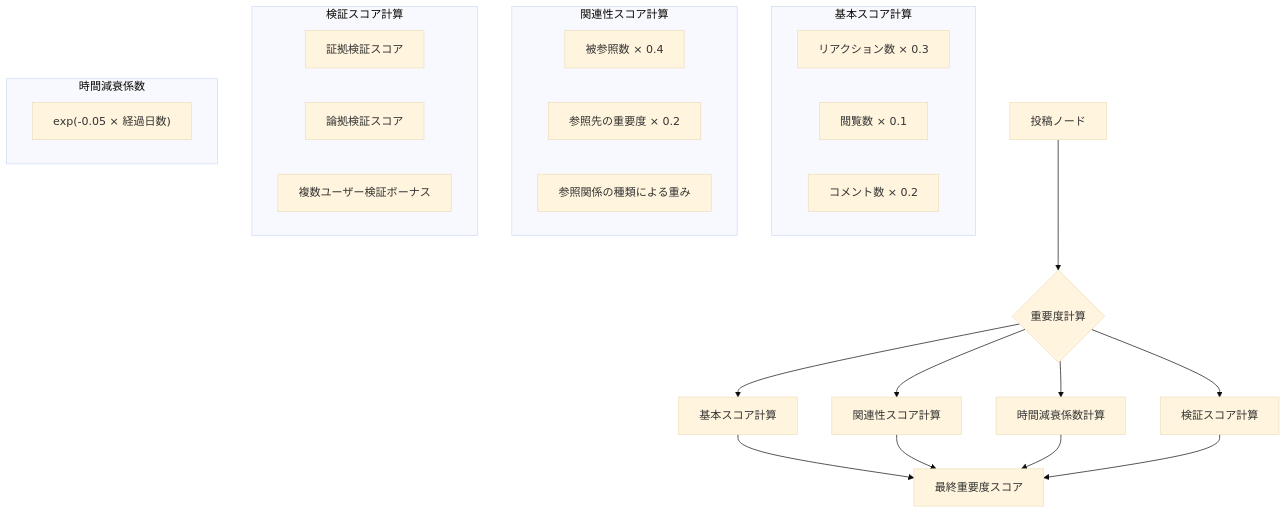
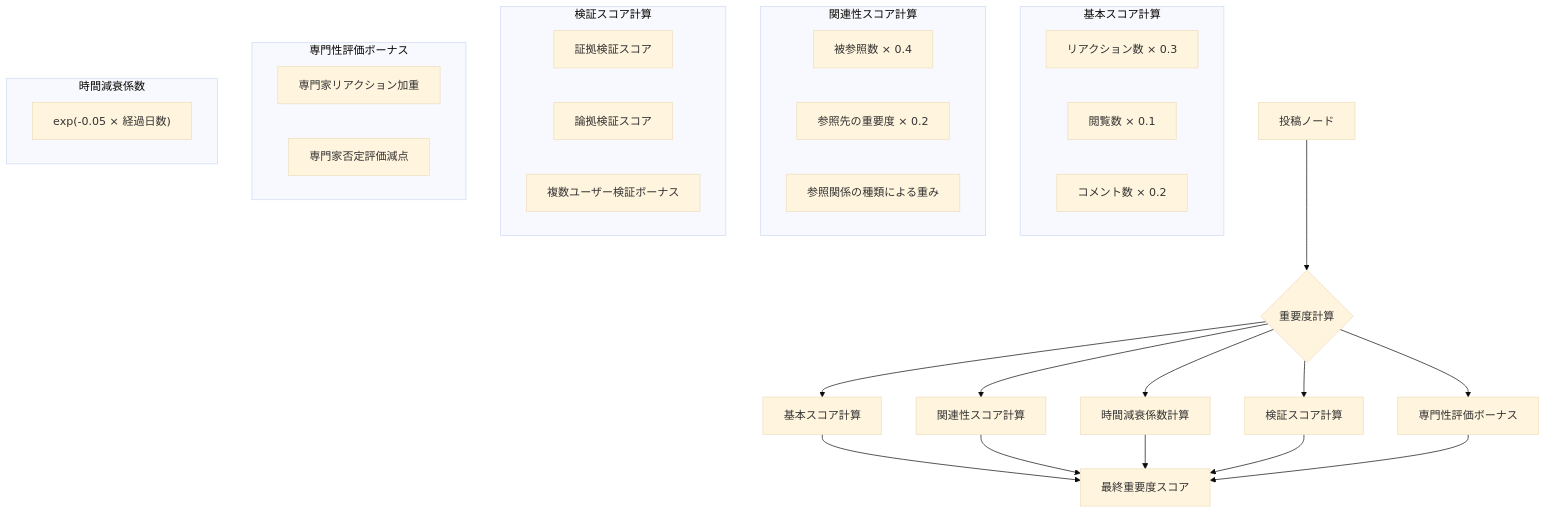
The sixth of 9 diagrams in specs/architecture.md (sika7/kagami), drawn with Mermaid (base theme) before and after one commit. The commit also changed other lines of this file, not shown here.

````diff
--- a/specs/architecture.md
+++ b/specs/architecture.md
@@ -441,34 +441,41 @@
 ```mermaid
 flowchart TD
     A[投稿ノード] --> B{重要度計算}
     B --> C[基本スコア計算]
     B --> D[関連性スコア計算]
     B --> E[時間減衰係数計算]
     B --> V[検証スコア計算]
+    B --> X[専門性評価ボーナス]
     C --> F[最終重要度スコア]
     D --> F
     E --> F
     V --> F
+    X --> F
     
     subgraph basic["基本スコア計算"]
         C1["リアクション数 × 0.3"]
         C2["閲覧数 × 0.1"]
         C3["コメント数 × 0.2"]
     end
     
     subgraph relation["関連性スコア計算"]
         D1["被参照数 × 0.4"]
         D2["参照先の重要度 × 0.2"]
         D3["参照関係の種類による重み"]
     end
     
     subgraph verification["検証スコア計算"]
         V1["証拠検証スコア"]
         V2["論拠検証スコア"]
         V3["複数ユーザー検証ボーナス"]
     end
     
+    subgraph expertise["専門性評価ボーナス"]
+        X1["専門家リアクション加重"]
+        X2["専門家否定評価減点"]
+    end
+    
     subgraph time["時間減衰係数"]
         E1["exp(-0.05 × 経過日数)"]
     end
 ```
````
